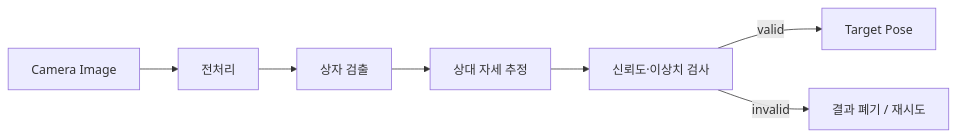
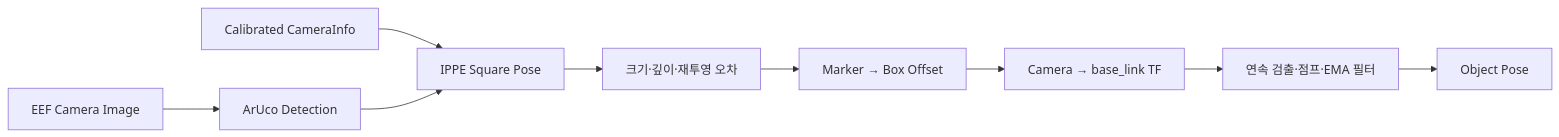
The diagram in omx_eef_vision/README.md (KweonTJ/Omx_Turtle_Bot), drawn with Mermaid before and after one commit. The commit also changed other lines of this file and 32 other files, not shown here.

````diff
--- a/omx_eef_vision/README.md
+++ b/omx_eef_vision/README.md
@@ -9,9 +7,11 @@
 ```mermaid
 flowchart LR
-    IMAGE[Camera Image] --> PRE[전처리]
-    PRE --> DETECT[상자 검출]
-    DETECT --> POSE[상대 자세 추정]
-    POSE --> FILTER[신뢰도·이상치 검사]
-    FILTER -->|valid| TARGET[Target Pose]
-    FILTER -->|invalid| HOLD[결과 폐기 / 재시도]
+    IMAGE[EEF Camera Image] --> ARUCO[ArUco Detection]
+    INFO[Calibrated CameraInfo] --> PNP[IPPE Square Pose]
+    ARUCO --> PNP
+    PNP --> QUALITY[크기·깊이·재투영 오차]
+    QUALITY --> OFFSET[Marker → Box Offset]
+    OFFSET --> TF[Camera → base_link TF]
+    TF --> FILTER[연속 검출·점프·EMA 필터]
+    FILTER --> TARGET[Object Pose]
 ```
````
